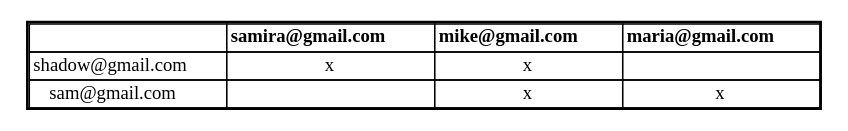
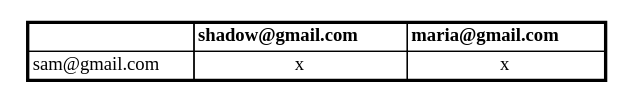
The diagram in Fase1/output/relaciones.dot (Kevin-alvarez1/PROYECTO_MULTIFASES_RED_SOCIAL), drawn with Graphviz before and after one commit. The commit also changed 20 other files, not shown here.

```diff
--- a/Fase1/output/relaciones.dot
+++ b/Fase1/output/relaciones.dot
@@ -1,9 +1,8 @@
 digraph G {
 node [shape=plaintext];
 RELACIONES_DE_AMISTAD [label=<
 <table border='2' cellborder='1' cellspacing='0'>
-<tr><td></td><td><b>samira@gmail.com</b></td><td><b>mike@gmail.com</b></td><td><b>maria@gmail.com</b></td></tr>
-<tr><td>shadow@gmail.com</td><td>x</td><td>x</td><td></td></tr>
-<tr><td>sam@gmail.com</td><td></td><td>x</td><td>x</td></tr>
+<tr><td></td><td><b>shadow@gmail.com</b></td><td><b>maria@gmail.com</b></td></tr>
+<tr><td>sam@gmail.com</td><td>x</td><td>x</td></tr>
 </table>>];
 }
```
